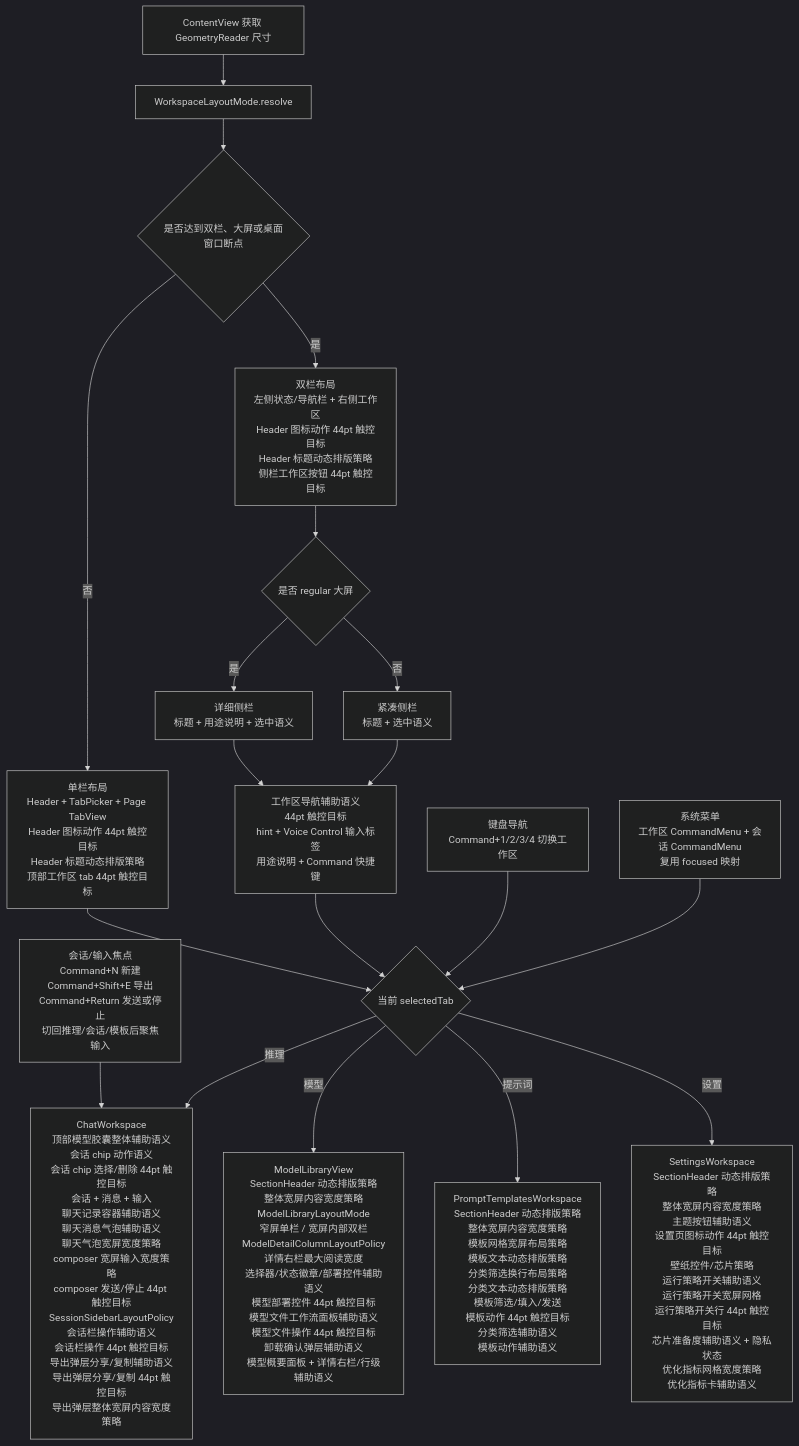
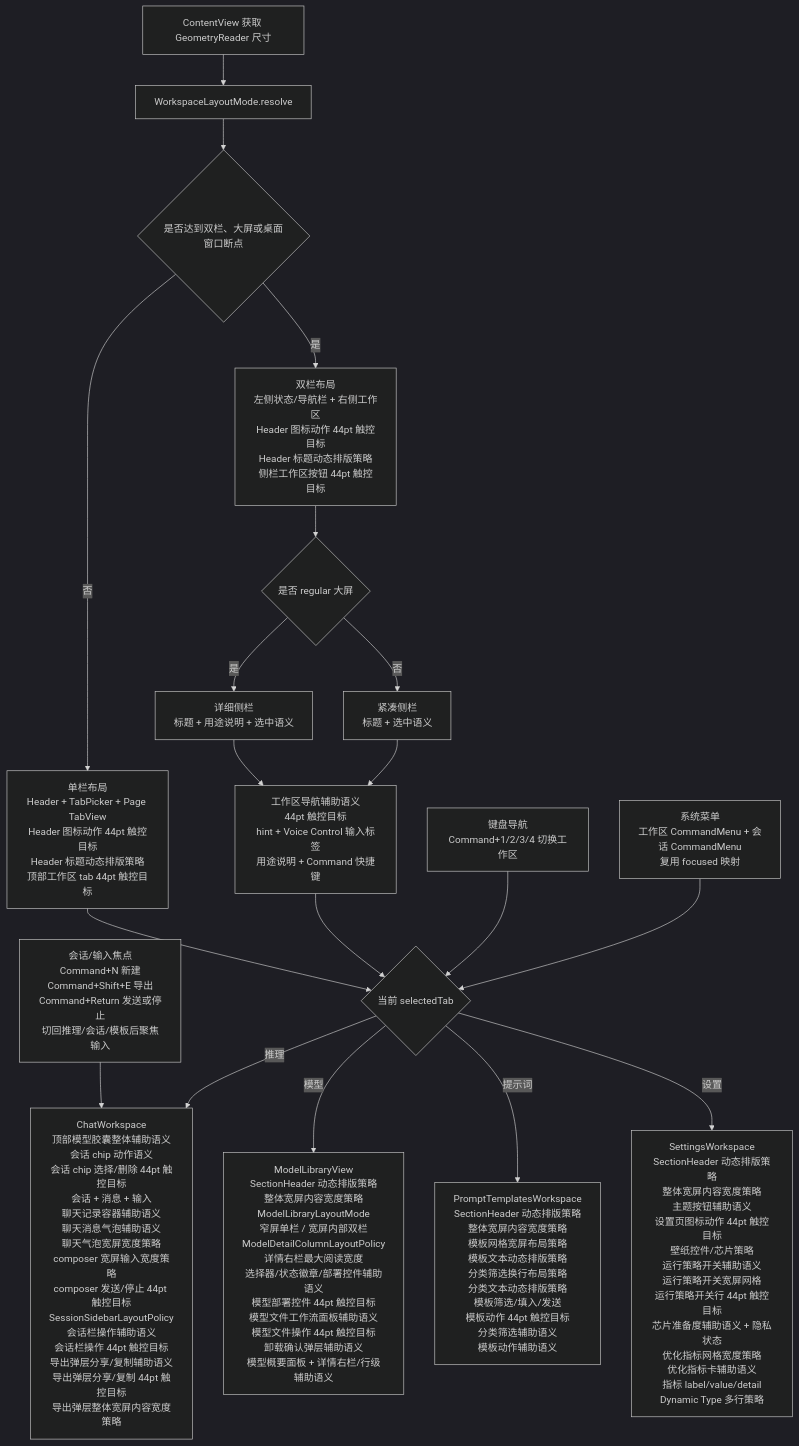
The fifth of 10 diagrams in md/flow/flowchart.md (Altman-sam114/113), drawn with Mermaid (dark theme) before and after one commit. The commit also changed other lines of this file and 8 other files, not shown here.

````diff
--- a/md/flow/flowchart.md
+++ b/md/flow/flowchart.md
@@ -84,21 +84,21 @@
 ```mermaid
 flowchart TD
     A[ContentView 获取 GeometryReader 尺寸] --> B[WorkspaceLayoutMode.resolve]
     B --> C{是否达到双栏、大屏或桌面窗口断点}
     C -- 否 --> D[单栏布局<br/>Header + TabPicker + Page TabView<br/>Header 图标动作 44pt 触控目标<br/>Header 标题动态排版策略<br/>顶部工作区 tab 44pt 触控目标]
     C -- 是 --> E[双栏布局<br/>左侧状态/导航栏 + 右侧工作区<br/>Header 图标动作 44pt 触控目标<br/>Header 标题动态排版策略<br/>侧栏工作区按钮 44pt 触控目标]
     E --> N{是否 regular 大屏}
     N -- 是 --> O[详细侧栏<br/>标题 + 用途说明 + 选中语义]
     N -- 否 --> P[紧凑侧栏<br/>标题 + 选中语义]
     D --> F{当前 selectedTab}
     O --> X[工作区导航辅助语义<br/>44pt 触控目标<br/>hint + Voice Control 输入标签<br/>用途说明 + Command 快捷键]
     P --> X
     X --> F
     K[键盘导航<br/>Command+1/2/3/4 切换工作区] --> F
     M[系统菜单<br/>工作区 CommandMenu + 会话 CommandMenu<br/>复用 focused 映射] --> F
     L[会话/输入焦点<br/>Command+N 新建<br/>Command+Shift+E 导出<br/>Command+Return 发送或停止<br/>切回推理/会话/模板后聚焦输入] --> G
     F -- 推理 --> G[ChatWorkspace<br/>顶部模型胶囊整体辅助语义<br/>会话 chip 动作语义<br/>会话 chip 选择/删除 44pt 触控目标<br/>会话 + 消息 + 输入<br/>聊天记录容器辅助语义<br/>聊天消息气泡辅助语义<br/>聊天气泡宽屏宽度策略<br/>composer 宽屏输入宽度策略<br/>composer 发送/停止 44pt 触控目标<br/>SessionSidebarLayoutPolicy<br/>会话栏操作辅助语义<br/>会话栏操作 44pt 触控目标<br/>导出弹层分享/复制辅助语义<br/>导出弹层分享/复制 44pt 触控目标<br/>导出弹层整体宽屏内容宽度策略]
     F -- 模型 --> H[ModelLibraryView<br/>SectionHeader 动态排版策略<br/>整体宽屏内容宽度策略<br/>ModelLibraryLayoutMode<br/>窄屏单栏 / 宽屏内部双栏<br/>ModelDetailColumnLayoutPolicy<br/>详情右栏最大阅读宽度<br/>选择器/状态徽章/部署控件辅助语义<br/>模型部署控件 44pt 触控目标<br/>模型文件工作流面板辅助语义<br/>模型文件操作 44pt 触控目标<br/>卸载确认弹层辅助语义<br/>模型概要面板 + 详情右栏/行级辅助语义]
     F -- 提示词 --> I[PromptTemplatesWorkspace<br/>SectionHeader 动态排版策略<br/>整体宽屏内容宽度策略<br/>模板网格宽屏布局策略<br/>模板文本动态排版策略<br/>分类筛选换行布局策略<br/>分类文本动态排版策略<br/>模板筛选/填入/发送<br/>模板动作 44pt 触控目标<br/>分类筛选辅助语义<br/>模板动作辅助语义]
-    F -- 设置 --> J[SettingsWorkspace<br/>SectionHeader 动态排版策略<br/>整体宽屏内容宽度策略<br/>主题按钮辅助语义<br/>设置页图标动作 44pt 触控目标<br/>壁纸控件/芯片策略<br/>运行策略开关辅助语义<br/>运行策略开关宽屏网格<br/>运行策略开关行 44pt 触控目标<br/>芯片准备度辅助语义 + 隐私状态<br/>优化指标网格宽度策略<br/>优化指标卡辅助语义]
+    F -- 设置 --> J[SettingsWorkspace<br/>SectionHeader 动态排版策略<br/>整体宽屏内容宽度策略<br/>主题按钮辅助语义<br/>设置页图标动作 44pt 触控目标<br/>壁纸控件/芯片策略<br/>运行策略开关辅助语义<br/>运行策略开关宽屏网格<br/>运行策略开关行 44pt 触控目标<br/>芯片准备度辅助语义 + 隐私状态<br/>优化指标网格宽度策略<br/>优化指标卡辅助语义<br/>指标 label/value/detail<br/>Dynamic Type 多行策略]
 ```
````
